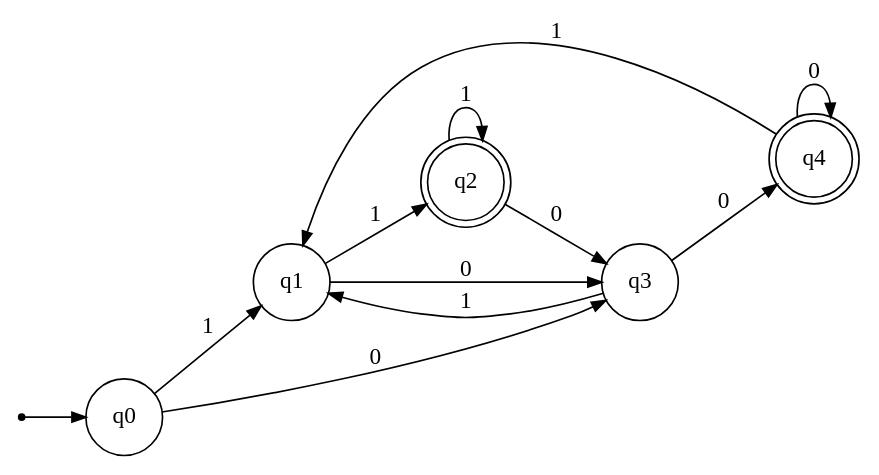
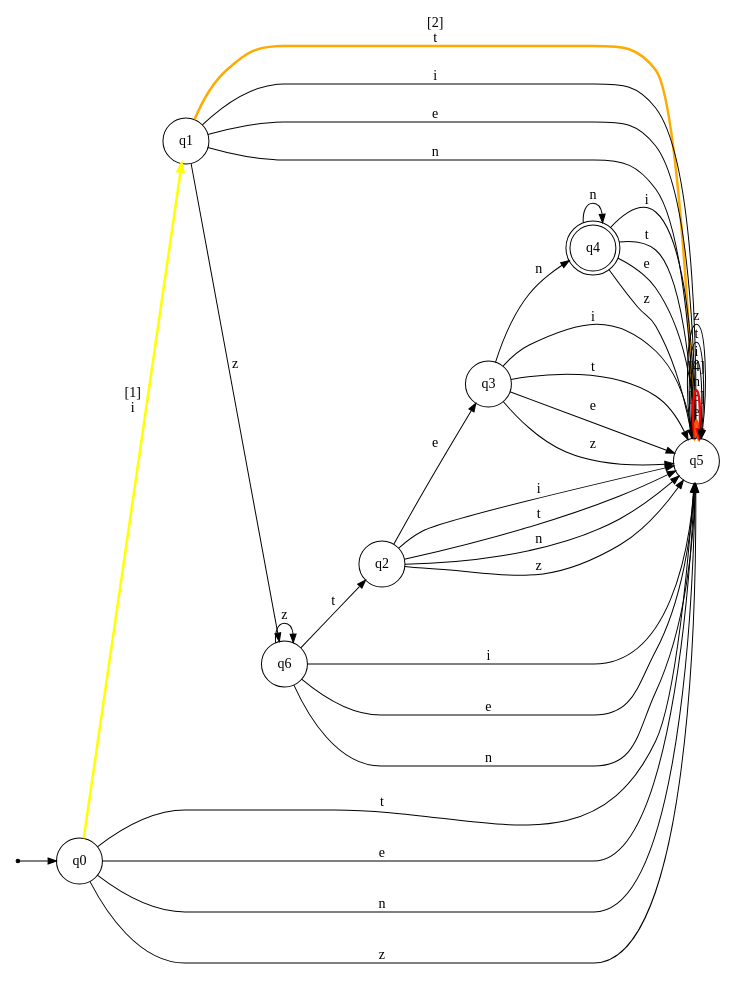
Before and after one commit to MohamadAbdelmoniem/Compiler-Spring-2022: the diagram in Source/Code/Digraph.gv, drawn with Graphviz. The commit also changed 5 other files, not shown here.

```diff
--- a/Source/Code/Digraph.gv
+++ b/Source/Code/Digraph.gv
@@ -1,21 +1,52 @@
 digraph {
 	ranksep=0.5 size="8, 8"
 	rankdir=LR
 	Initial [label="" fontsize=14.0 shape=point]
 	q0 [fontsize=14.0 shape=circle]
 	q1 [fontsize=14.0 shape=circle]
-	q2 [fontsize=14.0 shape=doublecircle]
+	q2 [fontsize=14.0 shape=circle]
 	q3 [fontsize=14.0 shape=circle]
 	q4 [fontsize=14.0 shape=doublecircle]
+	q5 [fontsize=14.0 shape=circle]
+	q6 [fontsize=14.0 shape=circle]
 	Initial -> q0 [arrowsize=0.85]
-	q0 -> q3 [label=" 0 " arrowsize=0.85 fontsize=14.0]
-	q0 -> q1 [label=" 1 " arrowsize=0.85 fontsize=14.0]
-	q1 -> q3 [label=" 0 " arrowsize=0.85 fontsize=14.0]
-	q1 -> q2 [label=" 1 " arrowsize=0.85 fontsize=14.0]
-	q2 -> q3 [label=" 0 " arrowsize=0.85 fontsize=14.0]
-	q2 -> q2 [label=" 1 " arrowsize=0.85 fontsize=14.0]
-	q3 -> q4 [label=" 0 " arrowsize=0.85 fontsize=14.0]
-	q3 -> q1 [label=" 1 " arrowsize=0.85 fontsize=14.0]
-	q4 -> q4 [label=" 0 " arrowsize=0.85 fontsize=14.0]
-	q4 -> q1 [label=" 1 " arrowsize=0.85 fontsize=14.0]
+	q0 -> q1 [label=" [1]
+i " arrowsize=0.85 color="#ffff00" fontsize=14.0 penwidth=2.5]
+	q1 -> q5 [label=" [2]
+t " arrowsize=0.85 color="#ffaa00" fontsize=14.0 penwidth=2.5]
+	q5 -> q5 [label=" [3]
+e " arrowsize=0.85 color="#ff5500" fontsize=14.0 penwidth=2.5]
+	q5 -> q5 [label=" [4]
+n " arrowsize=0.85 color="#ff0000" fontsize=14.0 penwidth=2.5]
+	q0 -> q5 [label=" t " arrowsize=0.85 fontsize=14.0]
+	q0 -> q5 [label=" e " arrowsize=0.85 fontsize=14.0]
+	q0 -> q5 [label=" n " arrowsize=0.85 fontsize=14.0]
+	q0 -> q5 [label=" z " arrowsize=0.85 fontsize=14.0]
+	q1 -> q5 [label=" i " arrowsize=0.85 fontsize=14.0]
+	q1 -> q5 [label=" e " arrowsize=0.85 fontsize=14.0]
+	q1 -> q5 [label=" n " arrowsize=0.85 fontsize=14.0]
+	q1 -> q6 [label=" z " arrowsize=0.85 fontsize=14.0]
+	q2 -> q5 [label=" i " arrowsize=0.85 fontsize=14.0]
+	q2 -> q5 [label=" t " arrowsize=0.85 fontsize=14.0]
+	q2 -> q3 [label=" e " arrowsize=0.85 fontsize=14.0]
+	q2 -> q5 [label=" n " arrowsize=0.85 fontsize=14.0]
+	q2 -> q5 [label=" z " arrowsize=0.85 fontsize=14.0]
+	q3 -> q5 [label=" i " arrowsize=0.85 fontsize=14.0]
+	q3 -> q5 [label=" t " arrowsize=0.85 fontsize=14.0]
+	q3 -> q5 [label=" e " arrowsize=0.85 fontsize=14.0]
+	q3 -> q4 [label=" n " arrowsize=0.85 fontsize=14.0]
+	q3 -> q5 [label=" z " arrowsize=0.85 fontsize=14.0]
+	q4 -> q5 [label=" i " arrowsize=0.85 fontsize=14.0]
+	q4 -> q5 [label=" t " arrowsize=0.85 fontsize=14.0]
+	q4 -> q5 [label=" e " arrowsize=0.85 fontsize=14.0]
+	q4 -> q4 [label=" n " arrowsize=0.85 fontsize=14.0]
+	q4 -> q5 [label=" z " arrowsize=0.85 fontsize=14.0]
+	q5 -> q5 [label=" i " arrowsize=0.85 fontsize=14.0]
+	q5 -> q5 [label=" t " arrowsize=0.85 fontsize=14.0]
+	q5 -> q5 [label=" z " arrowsize=0.85 fontsize=14.0]
+	q6 -> q5 [label=" i " arrowsize=0.85 fontsize=14.0]
+	q6 -> q2 [label=" t " arrowsize=0.85 fontsize=14.0]
+	q6 -> q6 [label=" z " arrowsize=0.85 fontsize=14.0]
+	q6 -> q5 [label=" e " arrowsize=0.85 fontsize=14.0]
+	q6 -> q5 [label=" n " arrowsize=0.85 fontsize=14.0]
 }
```
